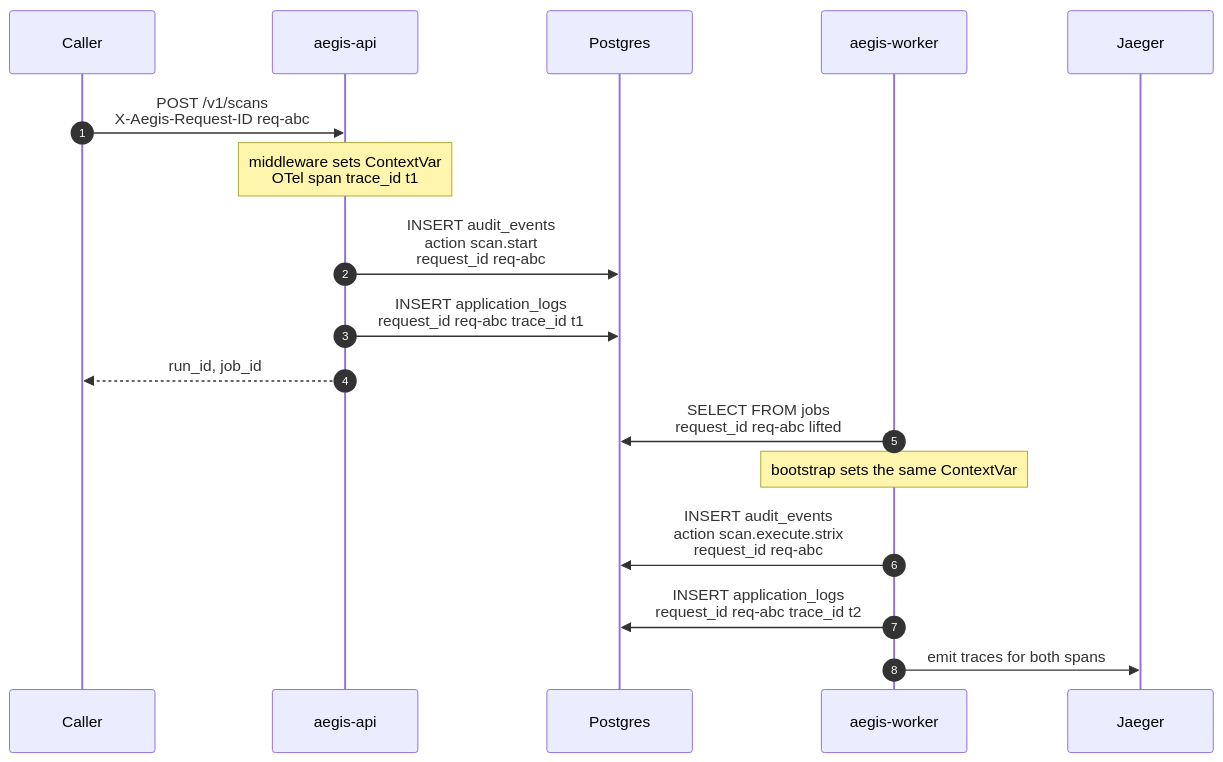
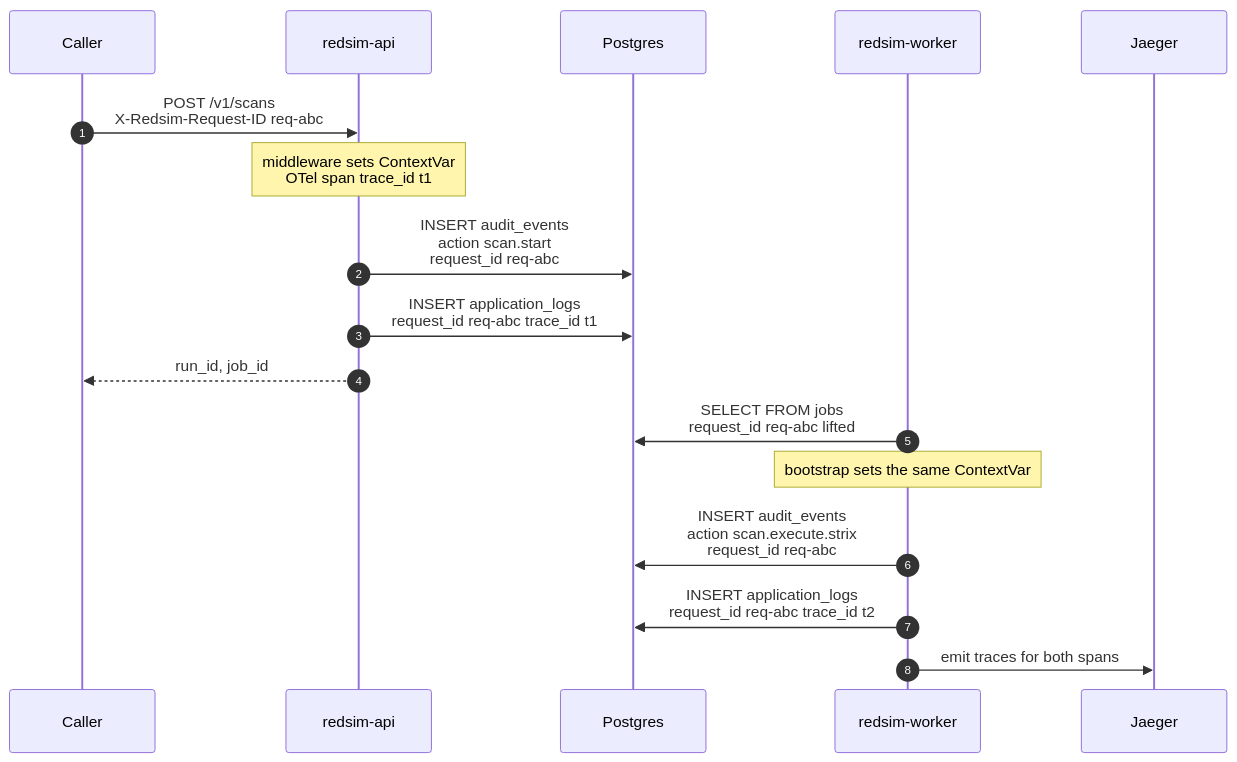
The fifth of 5 diagrams in docs/architecture/observability.md (IntelliBridge/ndia-red-team-simulator), drawn with Mermaid before and after one commit. The commit also changed other lines of this file and 27 other files, not shown here.

````diff
--- a/docs/architecture/observability.md
+++ b/docs/architecture/observability.md
@@ -279,21 +279,21 @@
 ```mermaid
 sequenceDiagram
     autonumber
     participant U as Caller
-    participant API as aegis-api
+    participant API as redsim-api
     participant DB as Postgres
-    participant W as aegis-worker
+    participant W as redsim-worker
     participant T as Jaeger
 
-    U->>API: POST /v1/scans<br/>X-Aegis-Request-ID req-abc
+    U->>API: POST /v1/scans<br/>X-Redsim-Request-ID req-abc
     Note over API: middleware sets ContextVar<br/>OTel span trace_id t1
     API->>DB: INSERT audit_events<br/>action scan.start<br/>request_id req-abc
     API->>DB: INSERT application_logs<br/>request_id req-abc trace_id t1
     API-->>U: run_id, job_id
 
     W->>DB: SELECT FROM jobs<br/>request_id req-abc lifted
     Note over W: bootstrap sets the same ContextVar
     W->>DB: INSERT audit_events<br/>action scan.execute.strix<br/>request_id req-abc
     W->>DB: INSERT application_logs<br/>request_id req-abc trace_id t2
     W->>T: emit traces for both spans
 ```
````
